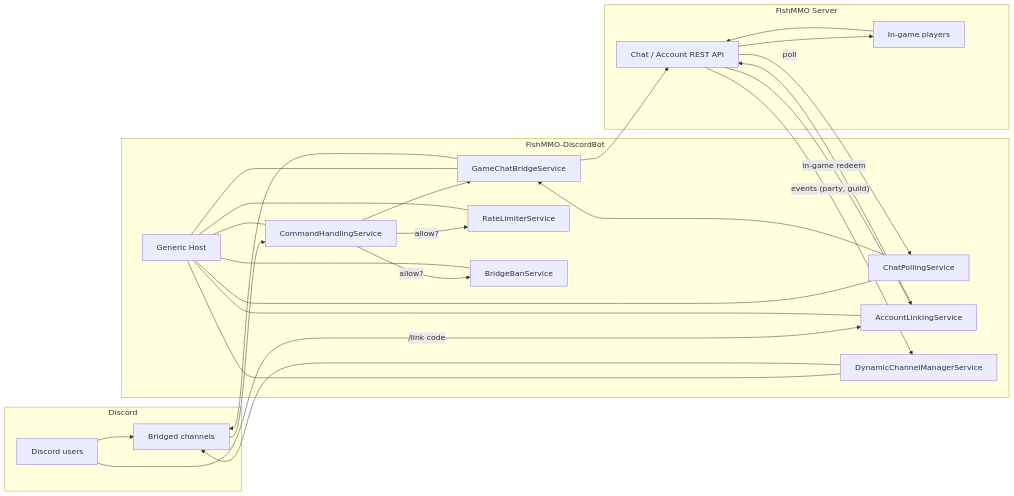
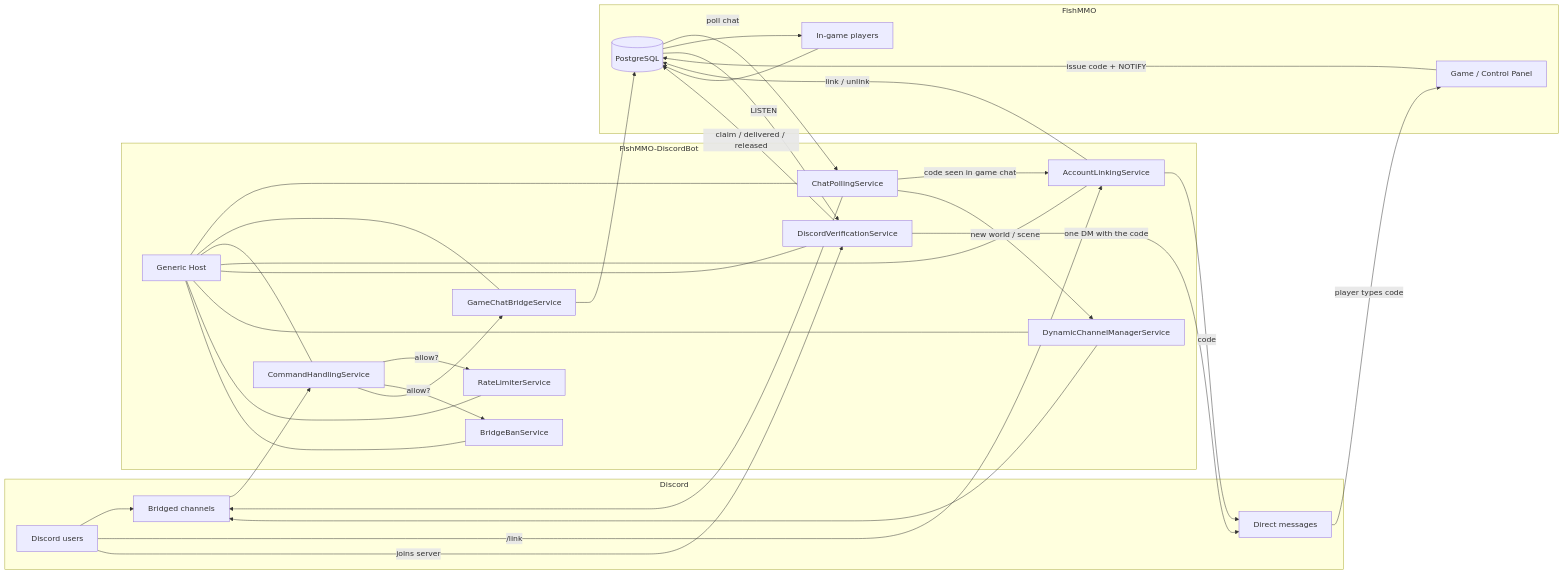
Before and after one commit to jimdroberts/FishMMO: the diagram in FishMMO-DiscordBot/README.md, drawn with Mermaid. The commit also changed other lines of this file and 125 other files, not shown here.

Commit message:
FishMMO Update

````diff
--- a/FishMMO-DiscordBot/README.md
+++ b/FishMMO-DiscordBot/README.md
@@ -231,43 +360,55 @@
 ```mermaid
 flowchart LR
     subgraph Discord
         DUser[Discord users]
         DChan[Bridged channels]
+        DDM[Direct messages]
     end
     subgraph Bot["FishMMO-DiscordBot"]
         Host[Generic Host]
         Poll[ChatPollingService]
         Bridge[GameChatBridgeService]
         Cmd[CommandHandlingService]
         Link[AccountLinkingService]
+        Verify[DiscordVerificationService]
         Dyn[DynamicChannelManagerService]
         Rate[RateLimiterService]
         Ban[BridgeBanService]
     end
-    subgraph Game["FishMMO Server"]
-        API[Chat / Account REST API]
+    subgraph Game["FishMMO"]
+        DB[(PostgreSQL)]
+        Issuers[Game / Control Panel]
         Players[In-game players]
     end
 
-    Players --> API
-    API -->|poll| Poll
-    Poll --> Bridge --> DChan
+    Players --> DB
+    DB -->|poll chat| Poll
+    Poll --> DChan
 
     DUser --> DChan --> Cmd
     Cmd -->|allow?| Rate
     Cmd -->|allow?| Ban
-    Cmd --> Bridge --> API --> Players
+    Cmd --> Bridge --> DB --> Players
 
-    DUser -->|/link code| Link --> API
-    API -->|in-game redeem| Link
+    DUser -->|/link| Link -->|code| DDM
+    Poll -->|code seen in game chat| Link
+    Link -->|link / unlink| DB
 
-    API -->|"events (party, guild)"| Dyn --> DChan
+    Issuers -->|issue code + NOTIFY| DB
+    DB -->|LISTEN| Verify
+    DUser -->|joins server| Verify
+    Verify -->|claim / delivered / released| DB
+    Verify -->|one DM with the code| DDM
+    DDM -->|player types code| Issuers
+
+    Poll -->|new world / scene| Dyn --> DChan
 
     Host --- Poll
     Host --- Bridge
     Host --- Cmd
     Host --- Link
+    Host --- Verify
     Host --- Dyn
     Host --- Rate
     Host --- Ban
 ```
````
